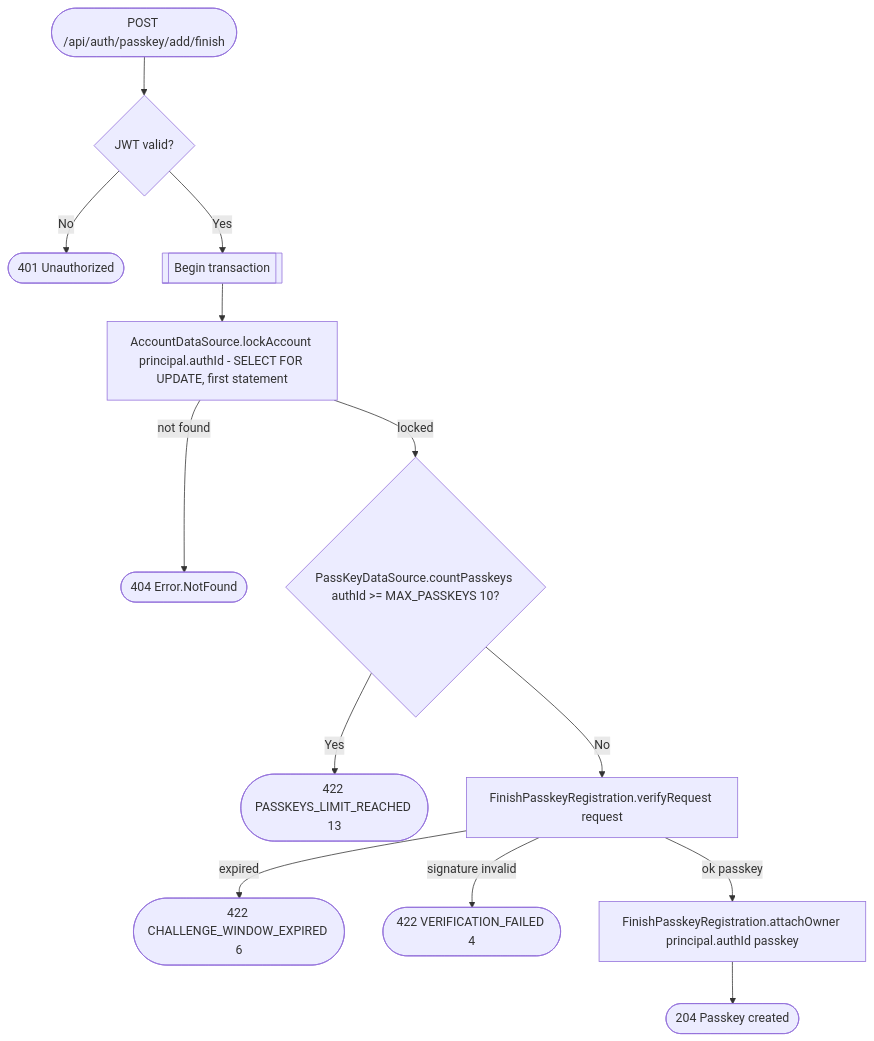
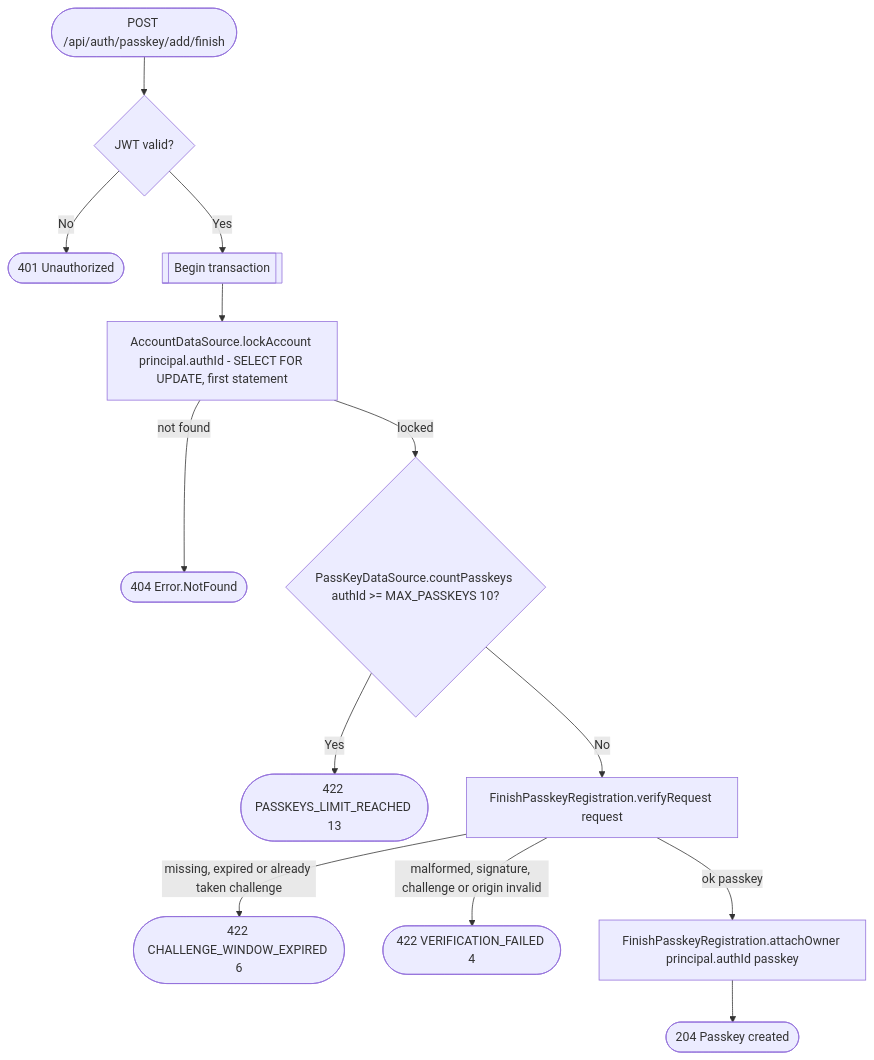
Before and after one commit to nocturneproperties/bookkme: the diagram in docs/operations/authorization/add-passkey.md, drawn with Mermaid. The commit also changed 21 other files, not shown here.

````diff
--- a/docs/operations/authorization/add-passkey.md
+++ b/docs/operations/authorization/add-passkey.md
@@ -14,15 +14,15 @@
 ```mermaid
 flowchart TD
     Start([POST /api/auth/passkey/add/finish]) --> Auth{JWT valid?}
     Auth -- No --> R401([401 Unauthorized])
     Auth -- Yes --> Tx[[Begin transaction]]
     Tx --> Lock[AccountDataSource.lockAccount principal.authId - SELECT FOR UPDATE, first statement]
     Lock -- not found --> R404([404 Error.NotFound])
     Lock -- locked --> Count{PassKeyDataSource.countPasskeys authId >= MAX_PASSKEYS 10?}
     Count -- Yes --> R422l([422 PASSKEYS_LIMIT_REACHED 13])
     Count -- No --> Verify[FinishPasskeyRegistration.verifyRequest request]
-    Verify -- expired --> R422a([422 CHALLENGE_WINDOW_EXPIRED 6])
-    Verify -- signature invalid --> R422b([422 VERIFICATION_FAILED 4])
+    Verify -- missing, expired or already taken challenge --> R422a([422 CHALLENGE_WINDOW_EXPIRED 6])
+    Verify -- malformed, signature, challenge or origin invalid --> R422b([422 VERIFICATION_FAILED 4])
     Verify -- ok passkey --> Attach[FinishPasskeyRegistration.attachOwner principal.authId passkey]
     Attach --> R204([204 Passkey created])
 ```
````
